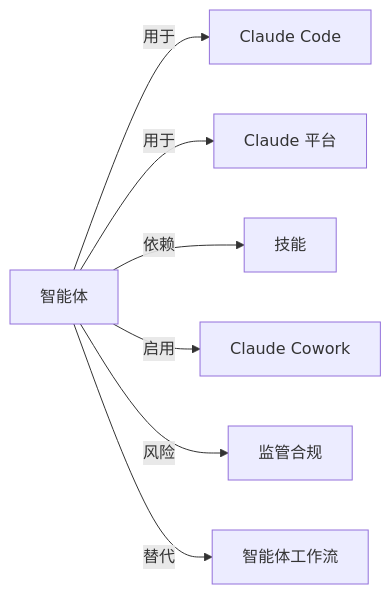
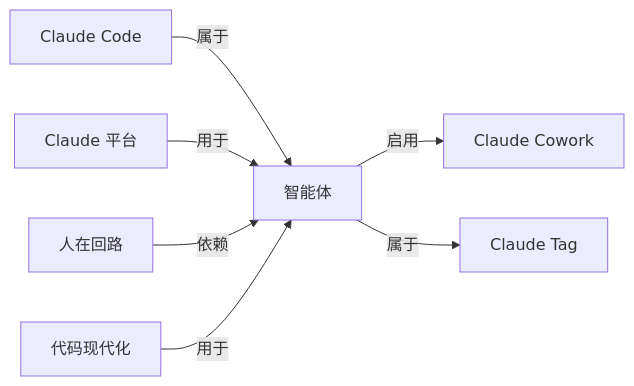
One commit to yibie/claude-best-practices-zh changed the diagram in wiki/智能体.md. Above: the diagram before and after it, drawn with Mermaid. The commit also changed other lines of this file and 407 other files, not shown here.

Commit message:
feat: DeepSeek 三遍审校（译文/关系/图谱）+ 可部署静态站点

````diff
--- a/wiki/智能体.md
+++ b/wiki/智能体.md
@@ -48,10 +51,10 @@
 ```mermaid
 graph LR
   C["智能体"]
-  C -->|用于| N0["Claude Code"]
-  C -->|用于| N1["Claude 平台"]
-  C -->|依赖| N2["技能"]
-  C -->|启用| N3["Claude Cowork"]
-  C -->|风险| N4["监管合规"]
-  C -->|替代| N5["智能体工作流"]
+  N0["Claude Code"] -->|属于| C
+  N1["Claude 平台"] -->|用于| C
+  C -->|启用| N2["Claude Cowork"]
+  C -->|属于| N3["Claude Tag"]
+  N4["人在回路"] -->|依赖| C
+  N5["代码现代化"] -->|用于| C
 ```
````
